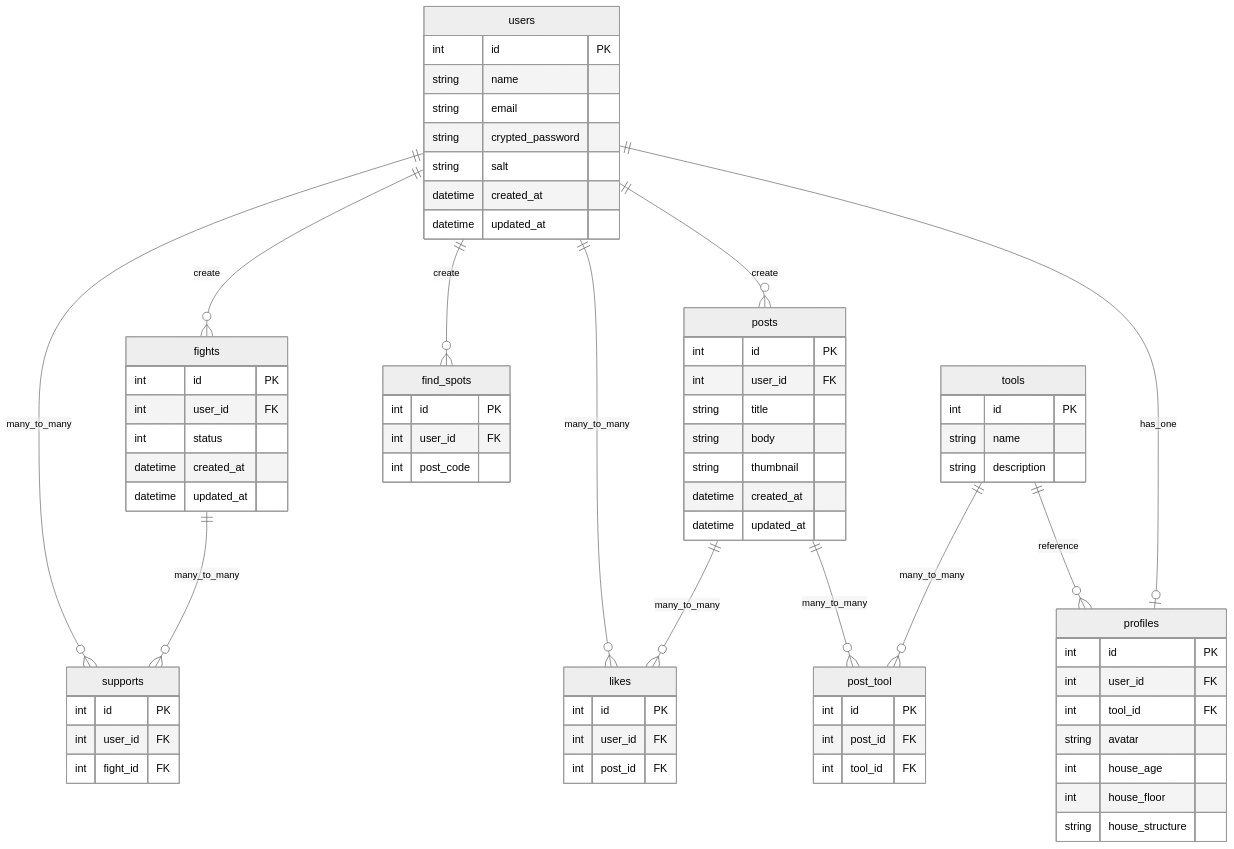
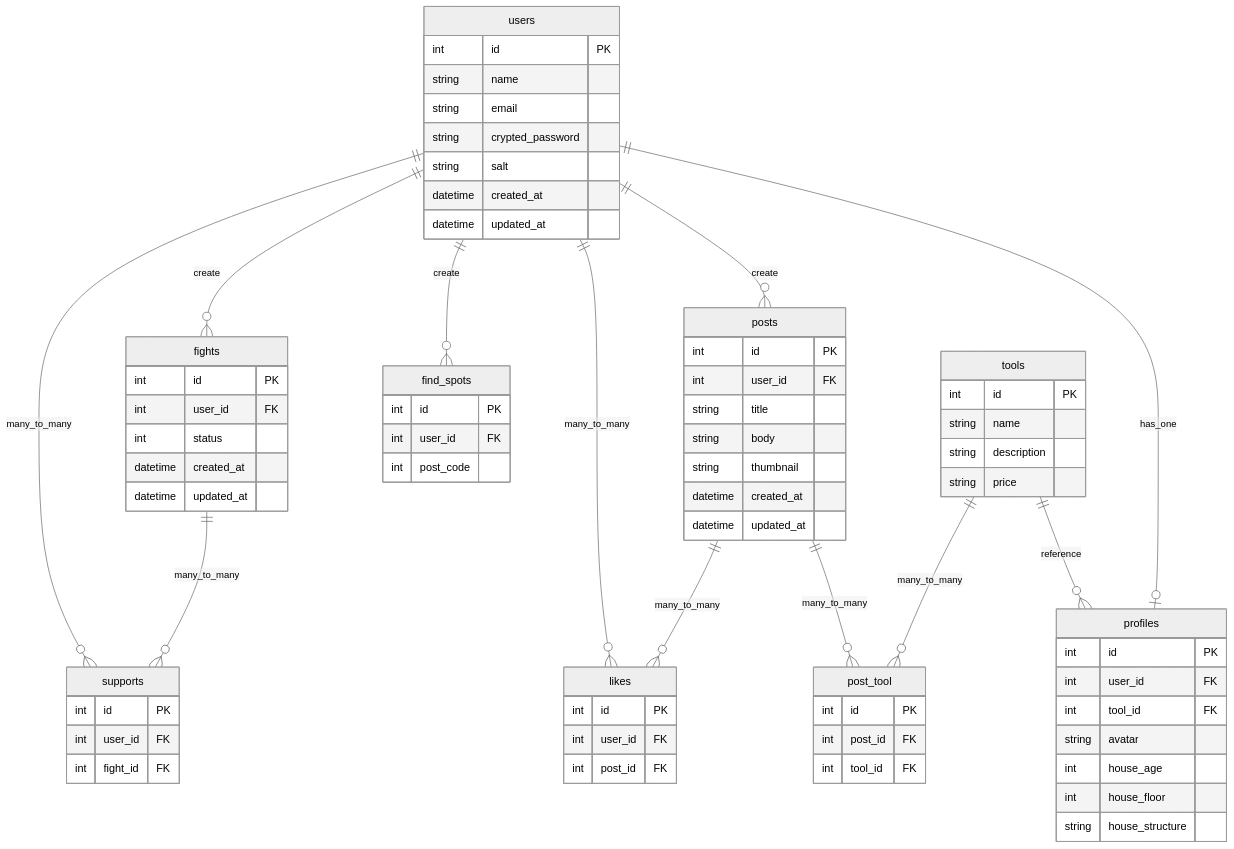
One commit to hagimoto0943/goki-network changed the diagram in README.md. Above: the diagram before and after it, drawn with Mermaid (neutral theme).

Commit message:
toolsカラムにprice追加

````diff
--- a/README.md
+++ b/README.md
@@ -61,78 +61,79 @@
 ```mermaid
 erDiagram
 users ||--o{ fights : create
 users ||--o{ posts : create
 users ||--o{ likes : many_to_many
 users ||--o{ supports : many_to_many
 fights ||--o{ supports : many_to_many
 users ||--o{ find_spots : create
 posts ||--o{ likes : many_to_many
 tools || -- o{ profiles :  reference
 posts || --o{ post_tool : many_to_many
 tools || --o{ post_tool : many_to_many
 users ||--o| profiles : has_one
 
   users {
     int id PK
     string name
     string email
     string crypted_password
     string salt
     datetime created_at
     datetime updated_at
   }
   fights {
     int id PK
     int user_id FK
     int status
     datetime created_at
     datetime updated_at
   }
   profiles {
     int id PK
     int user_id FK
     int tool_id FK
     string avatar
     int house_age
     int house_floor
     string house_structure
   }
   posts {
     int id PK
     int user_id FK
     string title
     string body
     string thumbnail
     datetime created_at
     datetime updated_at
   }
 
   likes {
     int id PK
     int user_id FK
     int post_id FK
   }
 
   supports {
     int id PK
     int user_id FK
     int fight_id FK
   }
   find_spots {
     int id PK
     int user_id FK
     int post_code
   }
   tools {
     int id PK
     string name
     string description
+    string price
   }
   post_tool {
     int id  PK
     int post_id FK
     int tool_id FK
   }
 
 
 ```
````
